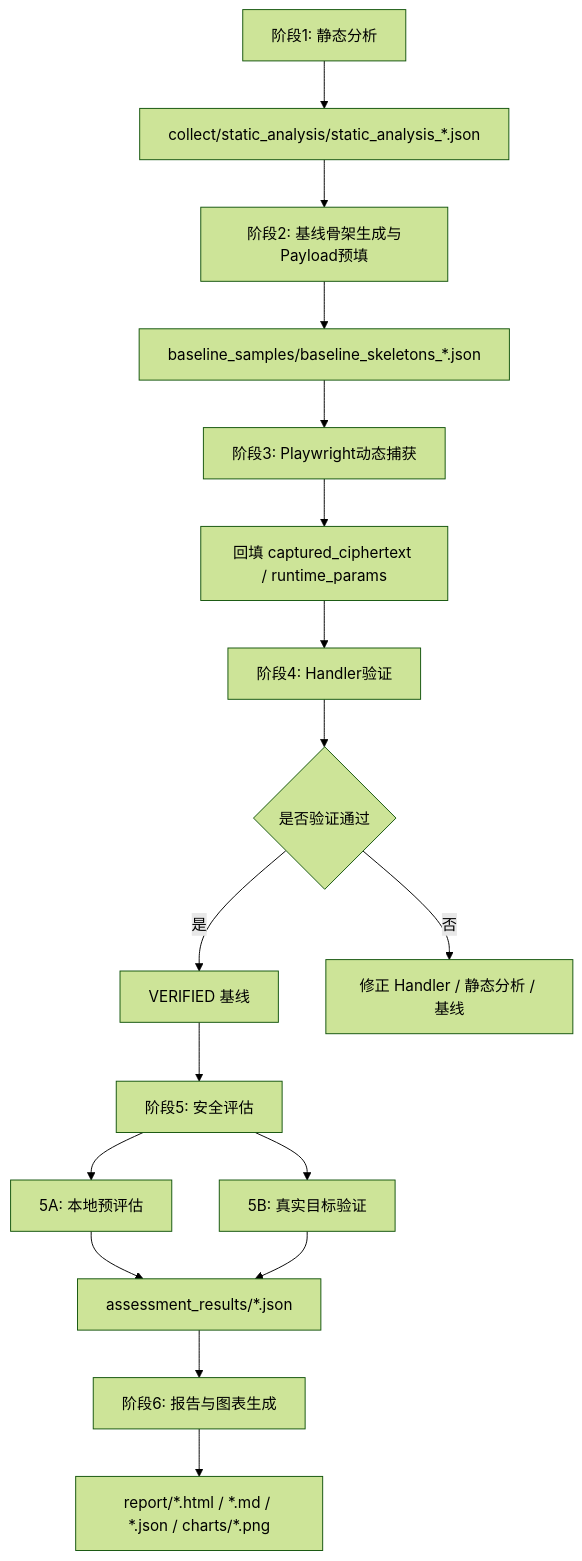
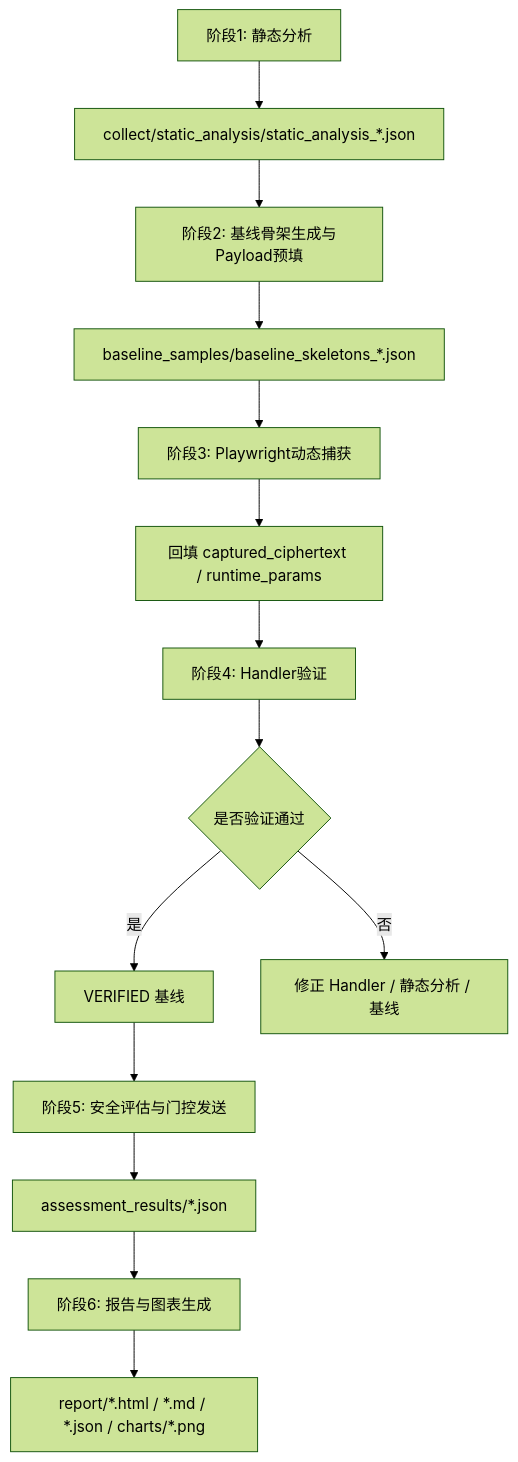
One commit to yuzheng0331/Reverse-Analysis-and-Automated-Security-Assessment-of-Web-API changed the diagram in README.md. Above: the diagram before and after it, drawn with Mermaid (forest theme). The commit also changed other lines of this file and 55 other files, not shown here.

````diff
--- a/README.md
+++ b/README.md
@@ -59,19 +59,16 @@
 ```mermaid
 graph TD
     A[阶段1: 静态分析] --> B[collect/static_analysis/static_analysis_*.json]
     B --> C[阶段2: 基线骨架生成与Payload预填]
     C --> D[baseline_samples/baseline_skeletons_*.json]
     D --> E[阶段3: Playwright动态捕获]
     E --> F[回填 captured_ciphertext / runtime_params]
     F --> G[阶段4: Handler验证]
     G --> H{是否验证通过}
     H -->|是| I[VERIFIED 基线]
     H -->|否| J[修正 Handler / 静态分析 / 基线]
-    I --> K[阶段5: 安全评估]
-    K --> K1[5A: 本地预评估]
-    K --> K2[5B: 真实目标验证]
-    K1 --> L[assessment_results/*.json]
-    K2 --> L
+    I --> K[阶段5: 安全评估与门控发送]
+    K --> L[assessment_results/*.json]
     L --> M[阶段6: 报告与图表生成]
     M --> N[report/*.html / *.md / *.json / charts/*.png]
 ```
````
